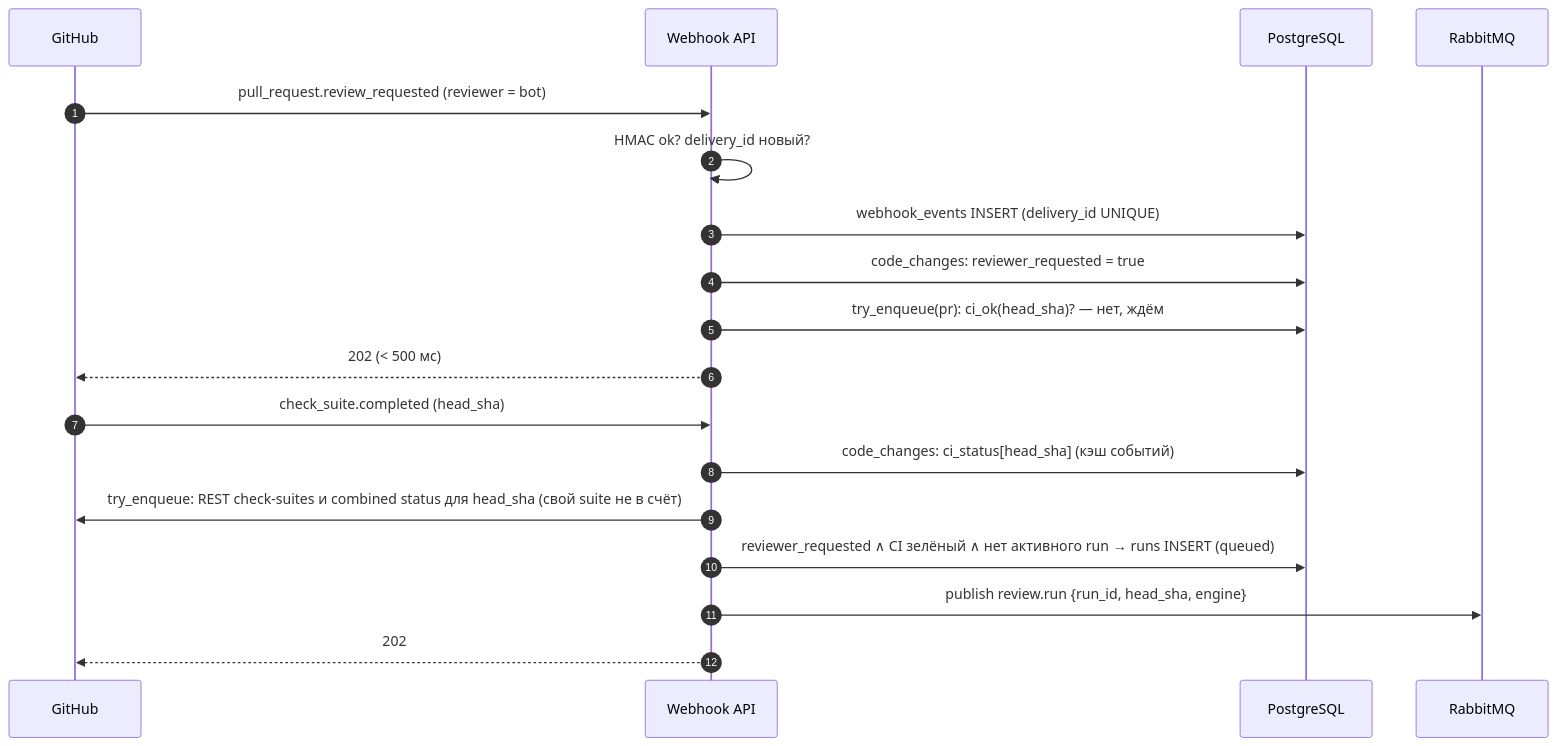
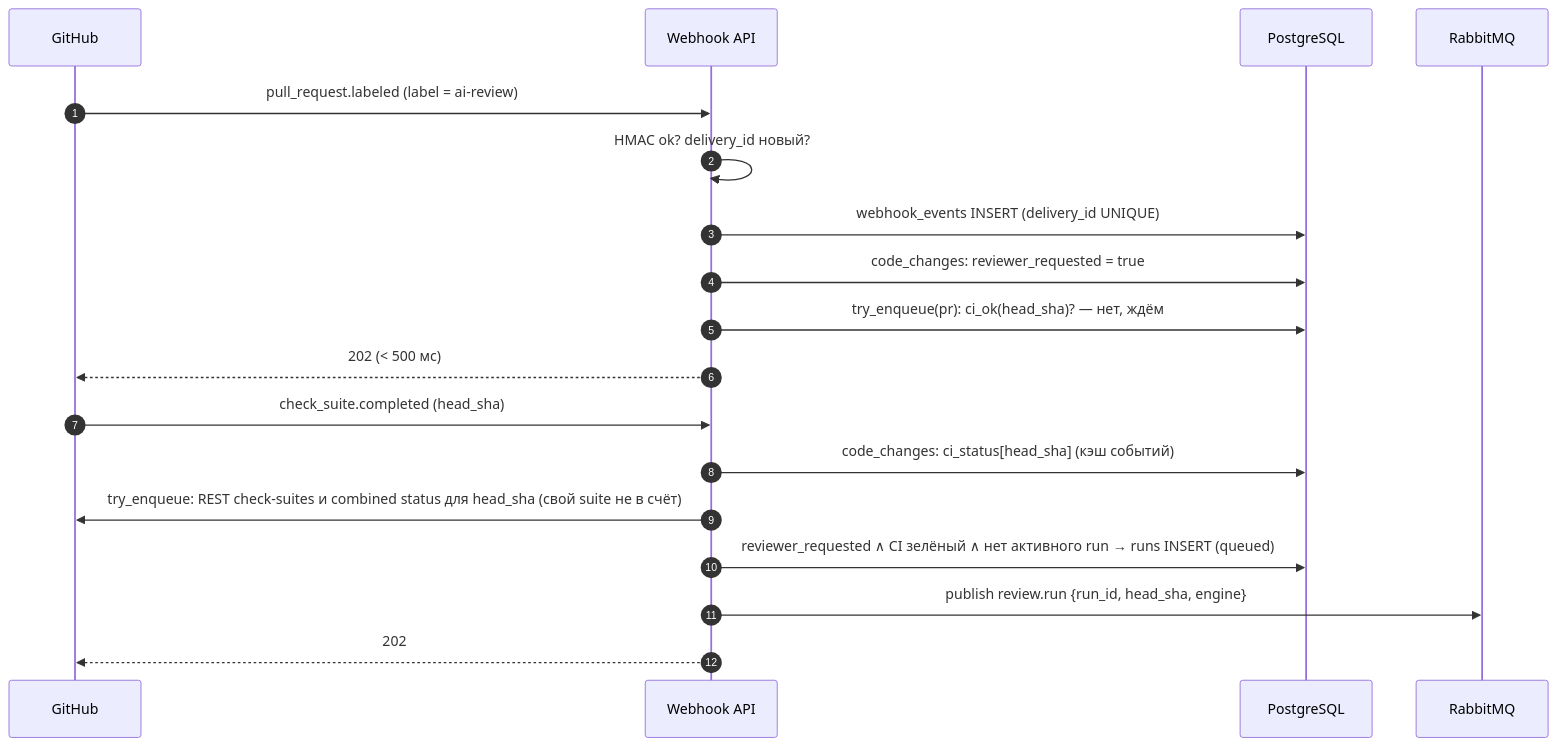
One commit to larchanka-training/dmc-268-api-t6 changed the fourth of 13 diagrams in docs/SYSTEM_DESIGN.md. Above: the diagram before and after it, drawn with Mermaid. The commit also changed other lines of this file and 1 other file, not shown here.

````diff
--- a/docs/SYSTEM_DESIGN.md
+++ b/docs/SYSTEM_DESIGN.md
@@ -218,22 +218,22 @@
 ```mermaid
 sequenceDiagram
   autonumber
   participant GH as GitHub
   participant WH as Webhook API
   participant PG as PostgreSQL
   participant MQ as RabbitMQ
 
-  GH->>WH: pull_request.review_requested (reviewer = bot)
+  GH->>WH: pull_request.labeled (label = ai-review)
   WH->>WH: HMAC ok? delivery_id новый?
   WH->>PG: webhook_events INSERT (delivery_id UNIQUE)
   WH->>PG: code_changes: reviewer_requested = true
   WH->>PG: try_enqueue(pr): ci_ok(head_sha)? — нет, ждём
   WH-->>GH: 202 (< 500 мс)
 
   GH->>WH: check_suite.completed (head_sha)
   WH->>PG: code_changes: ci_status[head_sha] (кэш событий)
   WH->>GH: try_enqueue: REST check-suites и combined status для head_sha (свой suite не в счёт)
   WH->>PG: reviewer_requested ∧ CI зелёный ∧ нет активного run → runs INSERT (queued)
   WH->>MQ: publish review.run {run_id, head_sha, engine}
   WH-->>GH: 202
 ```
````
